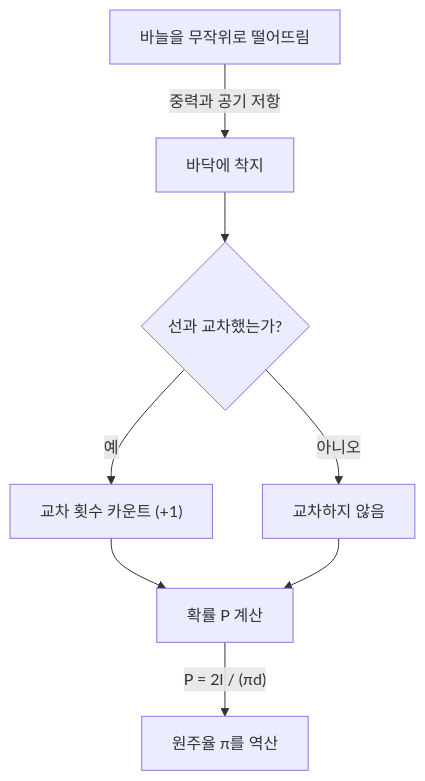
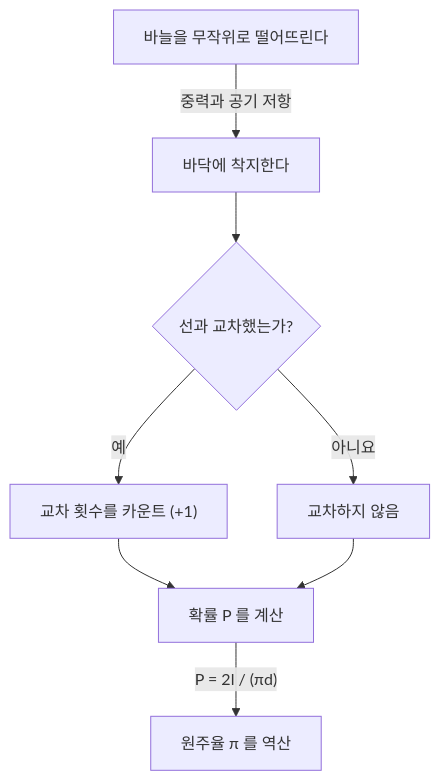
The diagram in content/post/buffons-needle/index.ko.md (kenjinote/blog), drawn with Mermaid before and after one commit. The commit also changed other lines of this file and 97 other files, not shown here.

````diff
--- a/content/post/buffons-needle/index.ko.md
+++ b/content/post/buffons-needle/index.ko.md
@@ -36,10 +36,10 @@
 ```mermaid
 graph TD
-    A["바늘을 무작위로 떨어뜨림"] -->|"중력과 공기 저항"| B["바닥에 착지"]
+    A["바늘을 무작위로 떨어뜨린다"] -->|"중력과 공기 저항"| B["바닥에 착지한다"]
     B --> C{"선과 교차했는가?"}
-    C -->|"예"| D["교차 횟수 카운트 (+1)"]
-    C -->|"아니오"| E["교차하지 않음"]
-    D --> F["확률 P 계산"]
+    C -->|"예"| D["교차 횟수를 카운트 (+1)"]
+    C -->|"아니요"| E["교차하지 않음"]
+    D --> F["확률 P 를 계산"]
     E --> F
-    F -->|"P = 2l / (πd)"| G["원주율 π를 역산"]
+    F -->|"P = 2l / (πd)"| G["원주율 π 를 역산"]
 ```
````
